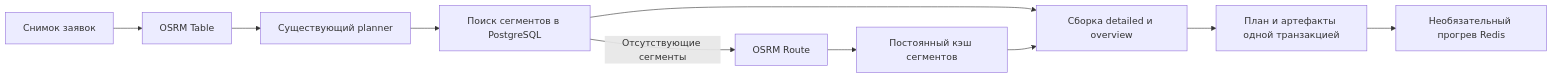
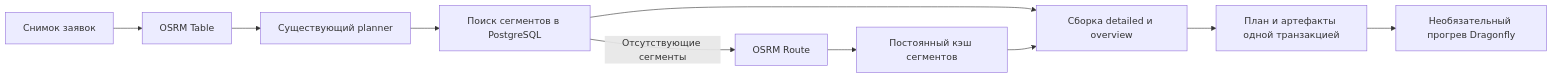
One commit to beeline-business-route-planner/project changed the first of 2 diagrams in backend/docs/ROUTING.md. Above: the diagram before and after it, drawn with Mermaid. The commit also changed other lines of this file and 11 other files, not shown here.

````diff
--- a/backend/docs/ROUTING.md
+++ b/backend/docs/ROUTING.md
@@ -7,12 +7,12 @@
 ```mermaid
 flowchart LR
     Snapshot[Снимок заявок] --> Table[OSRM Table]
     Table --> Planner[Существующий planner]
     Planner --> Cache[Поиск сегментов в PostgreSQL]
     Cache -->|Отсутствующие сегменты| Route[OSRM Route]
     Route --> Store[Постоянный кэш сегментов]
     Cache --> Build[Сборка detailed и overview]
     Store --> Build
     Build --> Commit[План и артефакты одной транзакцией]
-    Commit --> Redis[Необязательный прогрев Redis]
+    Commit --> Dragonfly[Необязательный прогрев Dragonfly]
 ```
````
